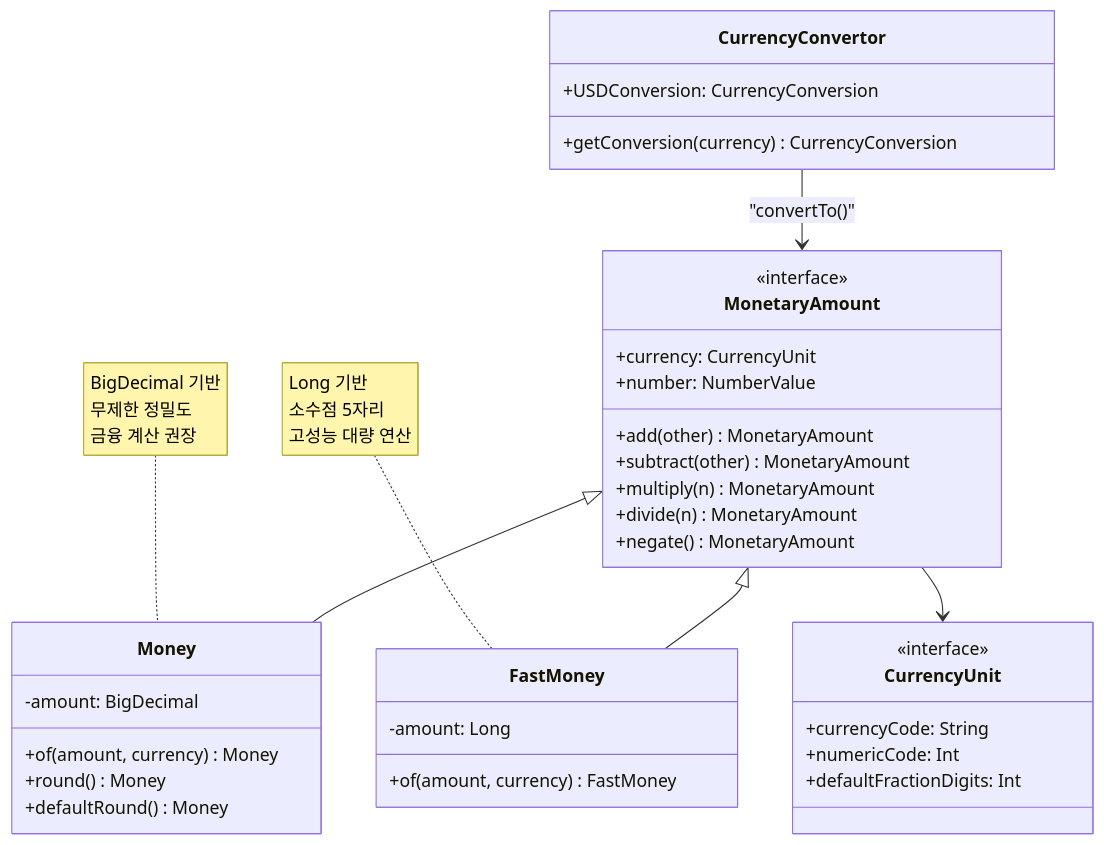
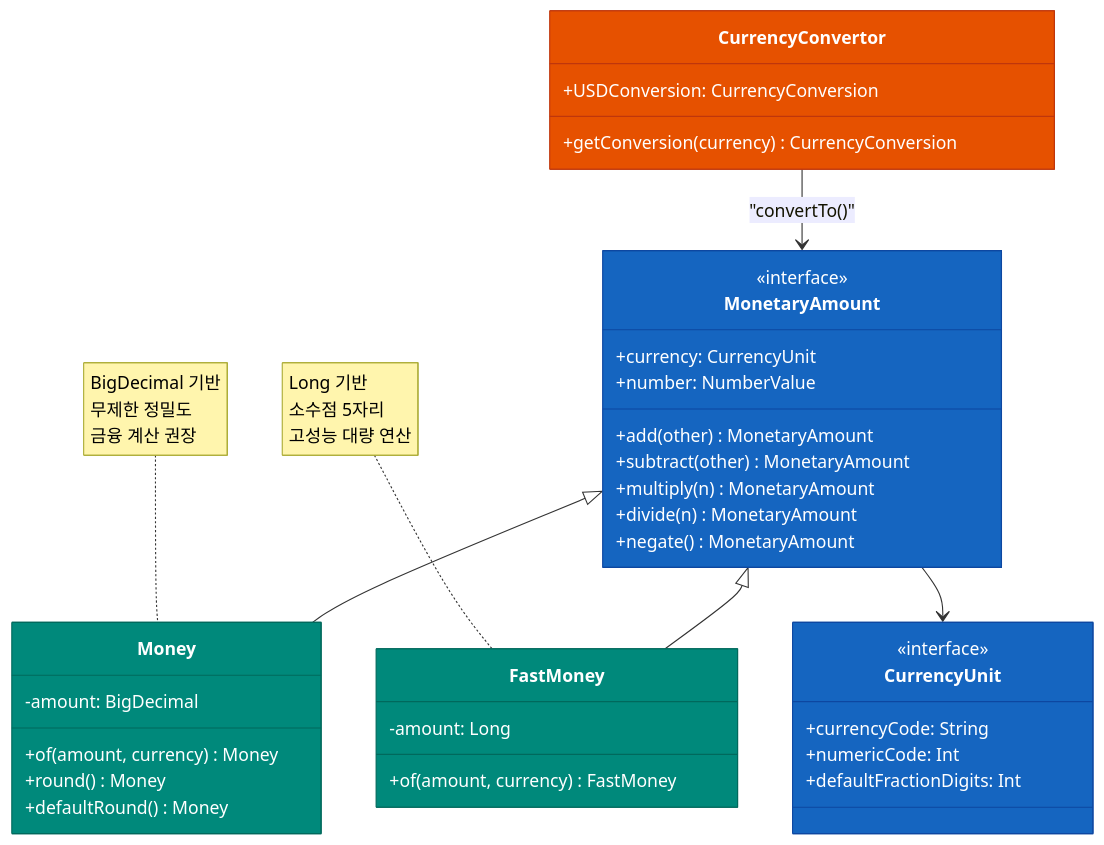
Before and after one commit to bluetape4k/bluetape4k-projects: the first of 2 diagrams in utils/money/README.ko.md, drawn with Mermaid. The commit also changed other lines of this file and 221 other files, not shown here.

First line of the commit message:
docs: 전체 모듈 README UML 다이어그램 보강 및 색상 업그레이드

````diff
--- a/utils/money/README.ko.md
+++ b/utils/money/README.ko.md
@@ -239,46 +239,51 @@
 ```mermaid
 classDiagram
     class MonetaryAmount {
         <<interface>>
         +currency: CurrencyUnit
         +number: NumberValue
         +add(other) MonetaryAmount
         +subtract(other) MonetaryAmount
         +multiply(n) MonetaryAmount
         +divide(n) MonetaryAmount
         +negate() MonetaryAmount
     }
 
     class Money {
         -amount: BigDecimal
         +of(amount, currency) Money
         +round() Money
         +defaultRound() Money
     }
 
     class FastMoney {
         -amount: Long
         +of(amount, currency) FastMoney
     }
 
     class CurrencyUnit {
         <<interface>>
         +currencyCode: String
         +numericCode: Int
         +defaultFractionDigits: Int
     }
 
     class CurrencyConvertor {
         +getConversion(currency) CurrencyConversion
         +USDConversion: CurrencyConversion
     }
 
     MonetaryAmount <|-- Money
     MonetaryAmount <|-- FastMoney
     MonetaryAmount --> CurrencyUnit
     CurrencyConvertor --> MonetaryAmount : "convertTo()"
 
     note for Money "BigDecimal 기반<br/>무제한 정밀도<br/>금융 계산 권장"
     note for FastMoney "Long 기반<br/>소수점 5자리<br/>고성능 대량 연산"
 
+    style MonetaryAmount fill:#1565C0,stroke:#0D47A1,color:#FFFFFF
+    style Money fill:#00897B,stroke:#00695C,color:#FFFFFF
+    style FastMoney fill:#00897B,stroke:#00695C,color:#FFFFFF
+    style CurrencyUnit fill:#1565C0,stroke:#0D47A1,color:#FFFFFF
+    style CurrencyConvertor fill:#E65100,stroke:#BF360C,color:#FFFFFF
 ```
````
